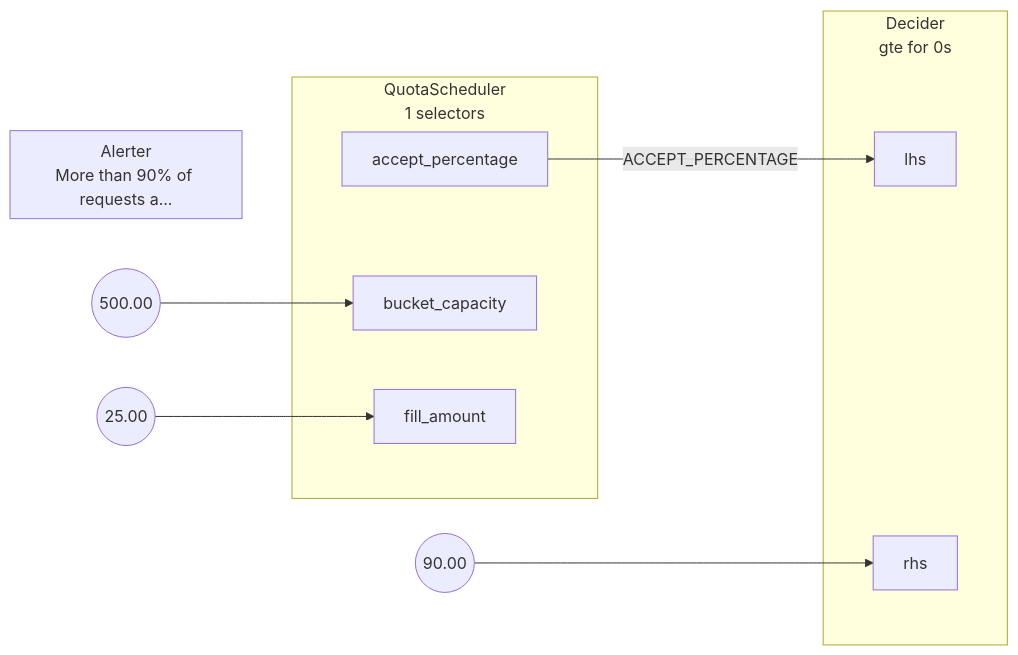
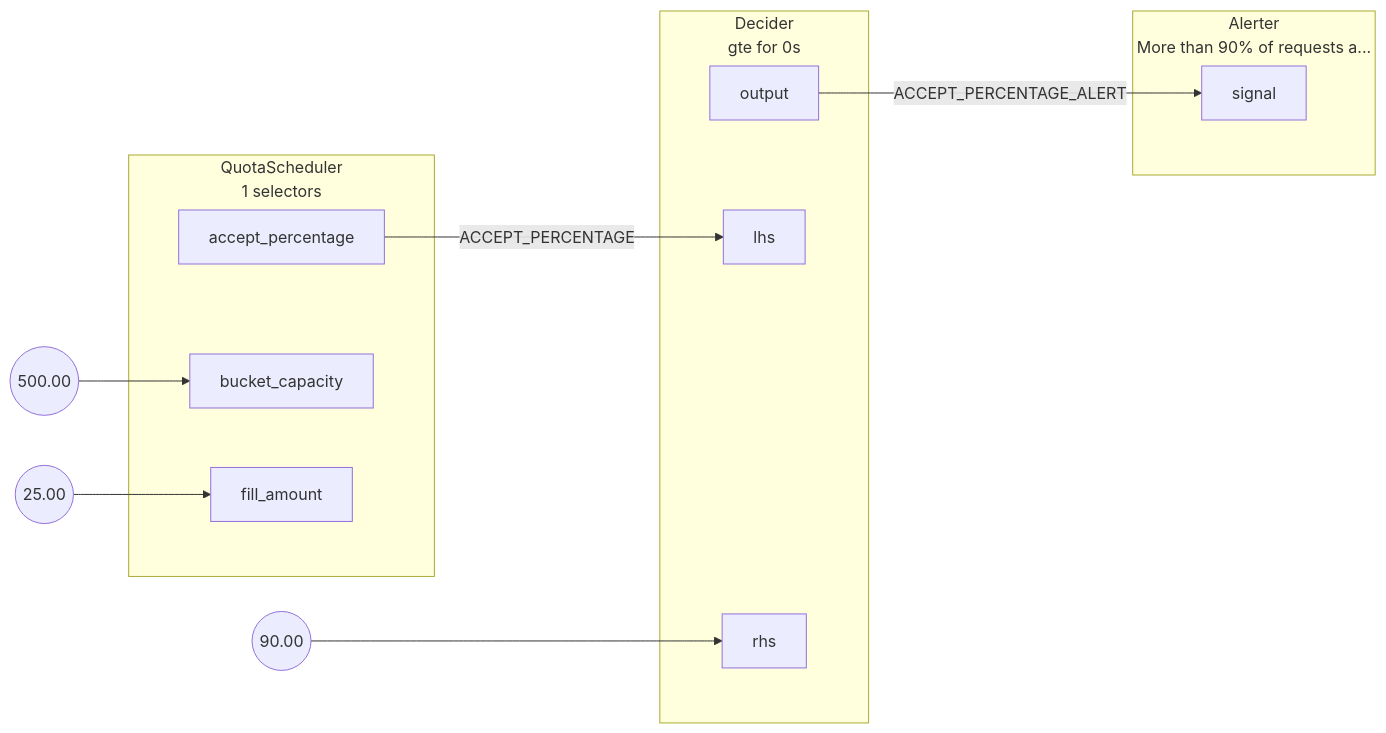
The diagram in docs/content/aperture-for-infra/guides/api-quota-management/assets/inter-service-rate-limiting/graph.mmd (dataongunlaws/aperture), drawn with Mermaid before and after one commit. The commit also changed 20 other files, not shown here.

```diff
--- a/docs/content/aperture-for-infra/guides/api-quota-management/assets/inter-service-rate-limiting/graph.mmd
+++ b/docs/content/aperture-for-infra/guides/api-quota-management/assets/inter-service-rate-limiting/graph.mmd
@@ -1,31 +1,37 @@
 flowchart LR
 subgraph root.0[<center>QuotaScheduler<br/>1 selectors</center>]
 subgraph root.0_inports[ ]
 style root.0_inports fill:none,stroke:none
 root.0bucket_capacity[bucket_capacity]
 root.0fill_amount[fill_amount]
 end
 subgraph root.0_outports[ ]
 style root.0_outports fill:none,stroke:none
 root.0accept_percentage[accept_percentage]
 end
 end
 root.0_bucket_capacity_FakeConstantout((500.00))
 root.0_fill_amount_FakeConstantout((25.00))
 subgraph root.1[<center>Decider<br/>gte for 0s</center>]
 subgraph root.1_inports[ ]
 style root.1_inports fill:none,stroke:none
 root.1lhs[lhs]
 root.1rhs[rhs]
 end
 subgraph root.1_outports[ ]
 style root.1_outports fill:none,stroke:none
+root.1output[output]
 end
 end
 root.1_rhs_FakeConstantout((90.00))
 subgraph root.2[<center>Alerter<br/>More than 90% of requests a...</center>]
+subgraph root.2_inports[ ]
+style root.2_inports fill:none,stroke:none
+root.2signal[signal]
+end
 end
 root.0accept_percentage --> |ACCEPT_PERCENTAGE| root.1lhs
 root.0_bucket_capacity_FakeConstantout --> root.0bucket_capacity
 root.0_fill_amount_FakeConstantout --> root.0fill_amount
+root.1output --> |ACCEPT_PERCENTAGE_ALERT| root.2signal
 root.1_rhs_FakeConstantout --> root.1rhs
```
